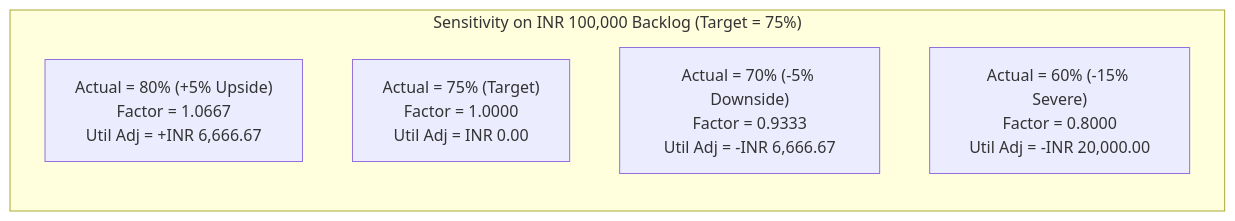
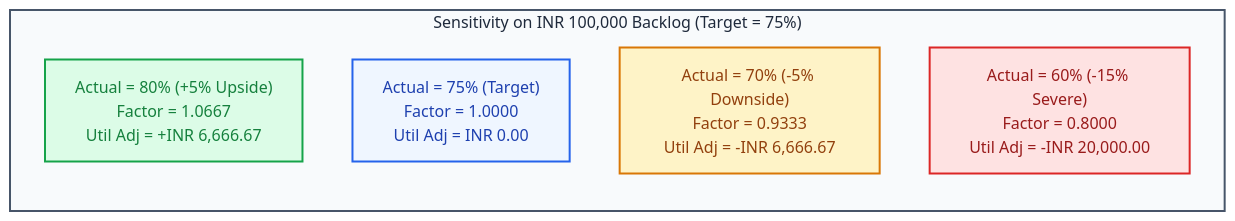
One commit to VED-VIVEK-TALMALEY/x-fin changed the third of 5 diagrams in docs/FORECAST_ENGINE.md. Above: the diagram before and after it, drawn with Mermaid. The commit also changed other lines of this file and 6 other files, not shown here.

````diff
--- a/docs/FORECAST_ENGINE.md
+++ b/docs/FORECAST_ENGINE.md
@@ -112,9 +145,15 @@
 ```mermaid
 graph LR
     subgraph Scenarios["Sensitivity on INR 100,000 Backlog (Target = 75%)"]
         U1["Actual = 80% (+5% Upside)<br/>Factor = 1.0667<br/>Util Adj = +INR 6,666.67"]
         U2["Actual = 75% (Target)<br/>Factor = 1.0000<br/>Util Adj = INR 0.00"]
         U3["Actual = 70% (-5% Downside)<br/>Factor = 0.9333<br/>Util Adj = -INR 6,666.67"]
         U4["Actual = 60% (-15% Severe)<br/>Factor = 0.8000<br/>Util Adj = -INR 20,000.00"]
     end
+
+    style Scenarios fill:#F8FAFC,stroke:#475569,stroke-width:2px,color:#1E293B
+    style U1 fill:#DCFCE7,stroke:#16A34A,stroke-width:2px,color:#15803D
+    style U2 fill:#EFF6FF,stroke:#2563EB,stroke-width:2px,color:#1E40AF
+    style U3 fill:#FEF3C7,stroke:#D97706,stroke-width:2px,color:#92400E
+    style U4 fill:#FEE2E2,stroke:#DC2626,stroke-width:2px,color:#991B1B
 ```
````
